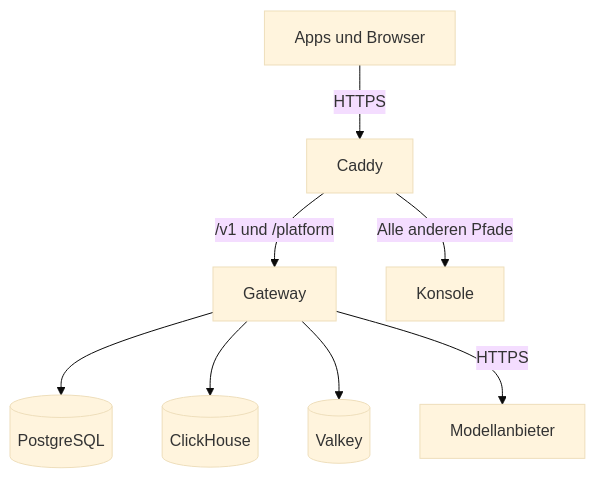
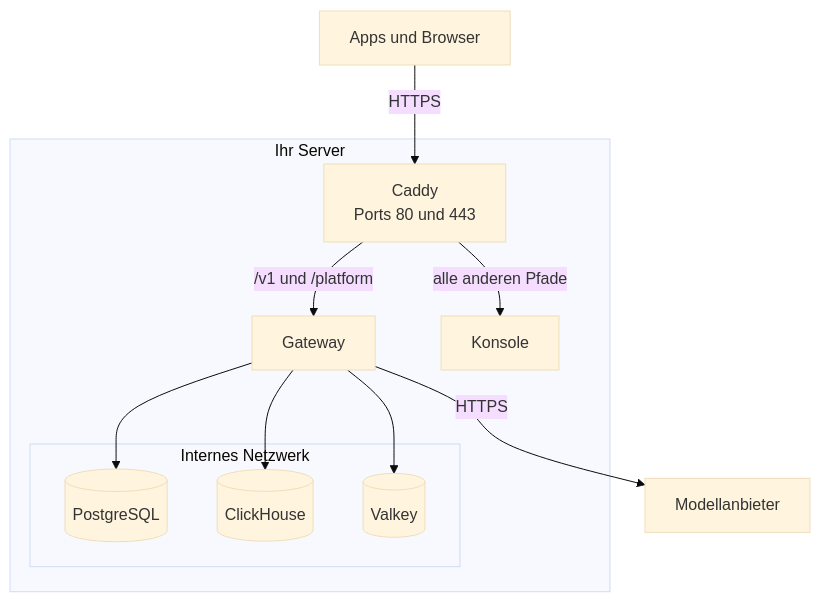
One commit to logicplanes/kaeso changed the diagram in apps/docs/content/de/self-hosting/how-it-works.md. Above: the diagram before and after it, drawn with Mermaid (base theme). The commit also changed 23 other files, not shown here.

````diff
--- a/apps/docs/content/de/self-hosting/how-it-works.md
+++ b/apps/docs/content/de/self-hosting/how-it-works.md
@@ -10,12 +10,22 @@
 ```mermaid
 flowchart TD
   accTitle: Die Dienste einer Kaeso-Installation
-  accDescr: Caddy nimmt HTTPS-Anfragen an und leitet die APIs an das Gateway und alles andere an die Konsole weiter. Nur das Gateway erreicht PostgreSQL, ClickHouse und Valkey, und es ruft die Anbieter auf.
-  clients[Apps und Browser] -->|HTTPS| caddy[Caddy]
-  caddy -->|/v1 und /platform| gateway[Gateway]
-  caddy -->|Alle anderen Pfade| console[Konsole]
-  gateway --> postgres[(PostgreSQL)]
-  gateway --> clickhouse[(ClickHouse)]
-  gateway --> valkey[(Valkey)]
-  gateway -->|HTTPS| providers[Modellanbieter]
+  accDescr: Apps und Browser erreichen die Installation nur über Caddy, auf den Ports 80 und 443. Caddy leitet /v1 und /platform an das Gateway und alle anderen Pfade an die Konsole weiter. PostgreSQL, ClickHouse und Valkey liegen in einem internen Netzwerk, das nur das Gateway erreicht, und das Gateway ruft die Modellanbieter über HTTPS auf.
+  clients[Apps und Browser]:::outside
+  subgraph server [Ihr Server]
+    caddy[Caddy<br>Ports 80 und 443]
+    gateway[Gateway]:::accent
+    console[Konsole]
+    subgraph data [Internes Netzwerk]
+      postgres[(PostgreSQL)]
+      clickhouse[(ClickHouse)]
+      valkey[(Valkey)]
+    end
+  end
+  providers[Modellanbieter]:::outside
+  clients -- HTTPS --> caddy
+  caddy -- /v1 und /platform --> gateway
+  caddy -- alle anderen Pfade --> console
+  gateway --> postgres & clickhouse & valkey
+  gateway -- HTTPS --> providers
 ```
````
